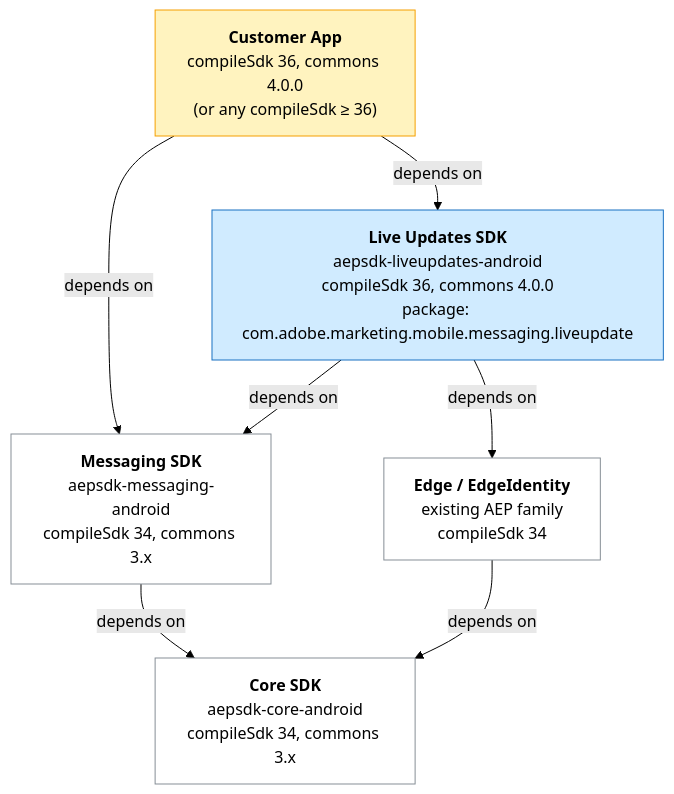
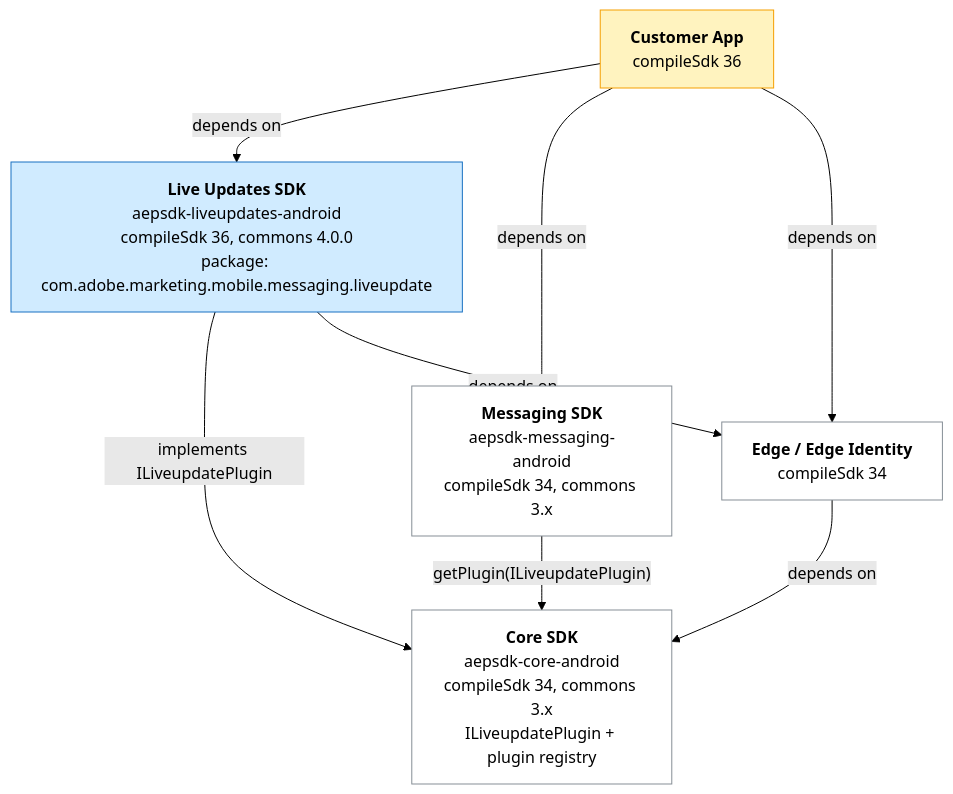
The first of 3 diagrams in Documentation/architecture.md (adobe/aepsdk-liveupdates-android), drawn with Mermaid (forest theme) before and after one commit. The commit also changed other lines of this file and 8 other files, not shown here.

````diff
--- a/Documentation/architecture.md
+++ b/Documentation/architecture.md
@@ -25,26 +27,27 @@
 ```mermaid
 flowchart TB
-    App["<b>Customer App</b><br/>compileSdk 36, commons 4.0.0<br/>(or any compileSdk ≥ 36)"]
+    App["<b>Customer App</b><br/>compileSdk 36"]
 
     LU["<b>Live Updates SDK</b><br/>aepsdk-liveupdates-android<br/>compileSdk 36, commons 4.0.0<br/>package: com.adobe.marketing.mobile.messaging.liveupdate"]
 
     Msg["<b>Messaging SDK</b><br/>aepsdk-messaging-android<br/>compileSdk 34, commons 3.x"]
 
-    Edge["<b>Edge / EdgeIdentity</b><br/>existing AEP family<br/>compileSdk 34"]
+    Edge["<b>Edge / Edge Identity</b><br/>compileSdk 34"]
 
-    Core["<b>Core SDK</b><br/>aepsdk-core-android<br/>compileSdk 34, commons 3.x"]
+    Core["<b>Core SDK</b><br/>aepsdk-core-android<br/>compileSdk 34, commons 3.x<br/>ILiveupdatePlugin + plugin registry"]
 
     App -->|depends on| LU
     App -->|depends on| Msg
-    LU -->|depends on| Msg
+    App -->|depends on| Edge
+    LU -->|implements ILiveupdatePlugin| Core
     LU -->|depends on| Edge
-    Msg -->|depends on| Core
+    Msg -->|"getPlugin(ILiveupdatePlugin)"| Core
     Edge -->|depends on| Core
 
     classDef new fill:#d0ebff,stroke:#1971c2,color:#000
     classDef existing fill:#fff,stroke:#868e96,color:#000
     classDef app fill:#fff3bf,stroke:#f59f00,color:#000
     class App app
     class LU new
     class Msg,Edge,Core existing
 ```
````
